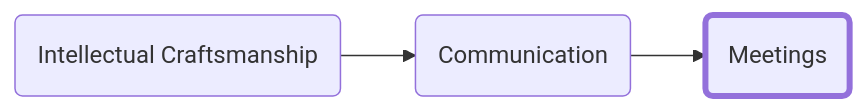
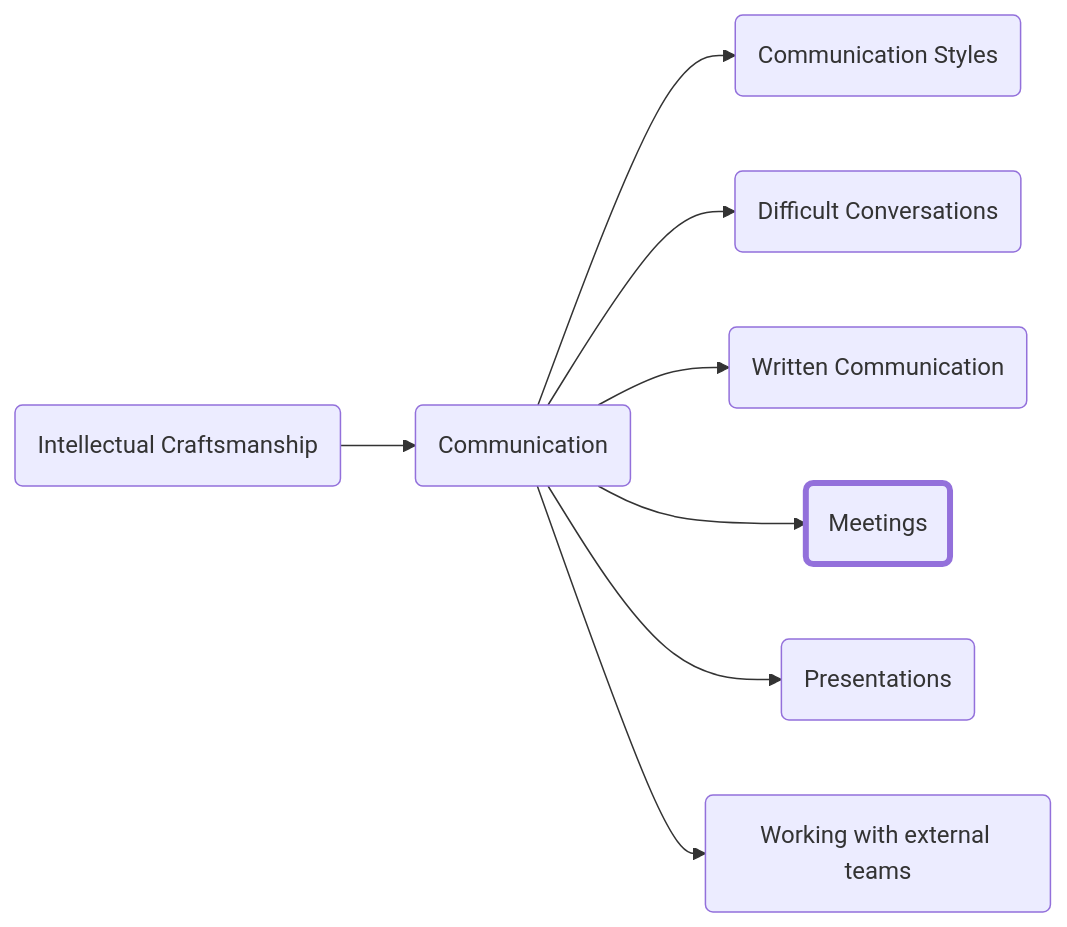
The diagram in _posts/2023-01-05-meetings.md (forrestpitz/forrestpitz.github.io), drawn with Mermaid before and after one commit. The commit also changed other lines of this file and 20 other files, not shown here.

````diff
--- a/_posts/2023-01-05-meetings.md
+++ b/_posts/2023-01-05-meetings.md
@@ -11,9 +74,20 @@
 ```mermaid
 graph LR;
-  A(Intellectual Craftsmanship)-->B(Communication)-->C(Meetings)
+  A(Intellectual Craftsmanship)-->B(Communication)
+  B(Communication)-->C(Communication Styles)
+  B-->D(Difficult Conversations)
+  B-->E(Written Communication)
+  B-->F(Meetings)
+  B-->G(Presentations)
+  B-->H(Working with external teams)
 
-  style C stroke-width:4px
+  style F stroke-width:4px
 
   click A "{% post_url 2023-01-05-intro %}"
   click B "{% post_url 2023-01-05-communication %}"
+  click C "{% post_url 2023-01-05-communicationstyles %}"
+  click D "{% post_url 2023-01-05-difficultconversations %}"
+  click E "{% post_url 2023-01-05-writtencommunication %}"
+  click G "{% post_url 2023-01-05-presentations %}"
+  click H "{% post_url 2023-01-05-externalteams %}"
 ```
````
